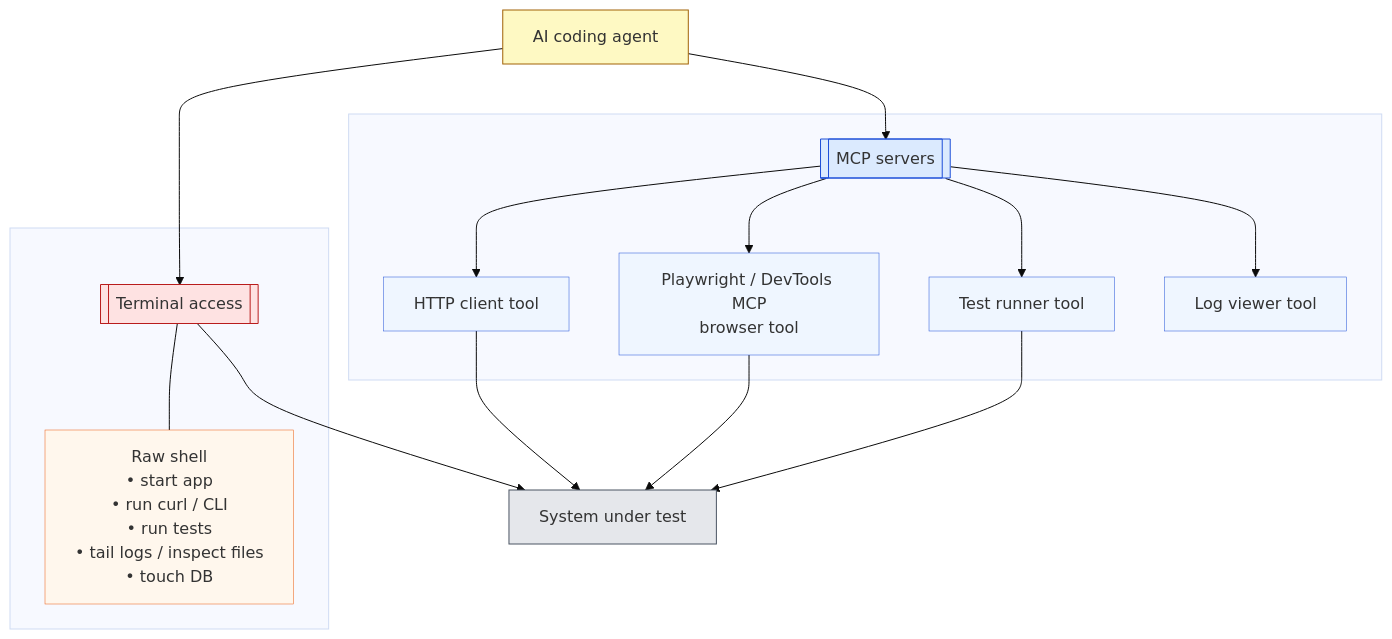
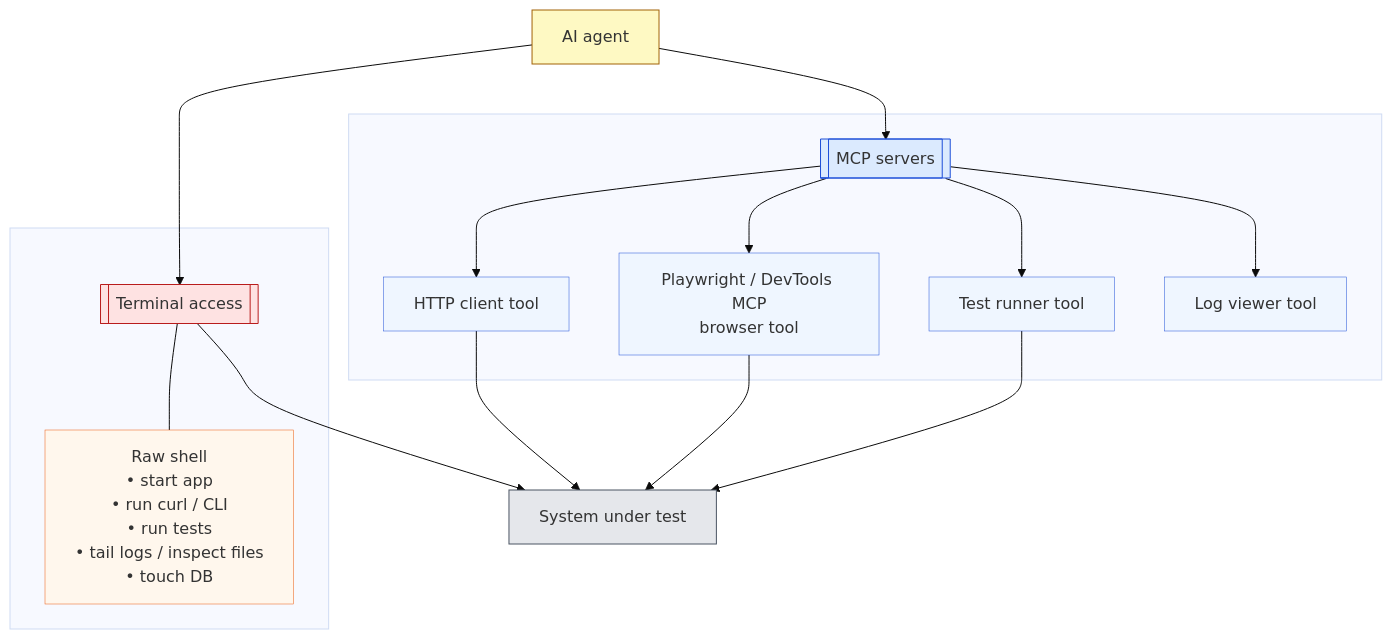
Before and after one commit to slawekradzyminski/awesome-testing.com: the diagram in _posts/2025-11-27-agentic-testing-the-new-testing-approach.md, drawn with Mermaid (base theme). The commit also changed other lines of this file and 15 other files, not shown here.

````diff
--- a/_posts/2025-11-27-agentic-testing-the-new-testing-approach.md
+++ b/_posts/2025-11-27-agentic-testing-the-new-testing-approach.md
@@ -127,35 +131,35 @@
 ```mermaid
 flowchart TB
-    A[AI coding agent]:::agent
+    A[AI agent]:::agent
 
     subgraph L[ ]
         B[[Terminal access]]:::terminal
         Bnote[Raw shell<br/>• start app<br/>• run curl / CLI<br/>• run tests<br/>• tail logs / inspect files<br/>• touch DB]:::note
         B --- Bnote
     end
 
     subgraph R[ ]
         C[[MCP servers]]:::mcp
         C1[HTTP client tool]:::tool
         C2[Playwright / DevTools MCP<br/>browser tool]:::tool
         C3[Test runner tool]:::tool
         C4[Log viewer tool]:::tool
         C --> C1 & C2 & C3 & C4
     end
 
     D[System under test<br/>]:::sut
 
     A --> B
     A --> C
     B --> D
     C1 --> D
     C2 --> D
     C3 --> D
 
     classDef agent fill:#fef9c3,stroke:#a16207,stroke-width:1px;
     classDef terminal fill:#fee2e2,stroke:#b91c1c,stroke-width:1px;
     classDef mcp fill:#dbeafe,stroke:#1d4ed8,stroke-width:1px;
     classDef sut fill:#e5e7eb,stroke:#4b5563,stroke-width:1px;
     classDef tool fill:#eff6ff,stroke:#1d4ed8,stroke-width:0.5px;
     classDef note fill:#fff7ed,stroke:#ea580c,stroke-width:0.5px;
 ```
````
